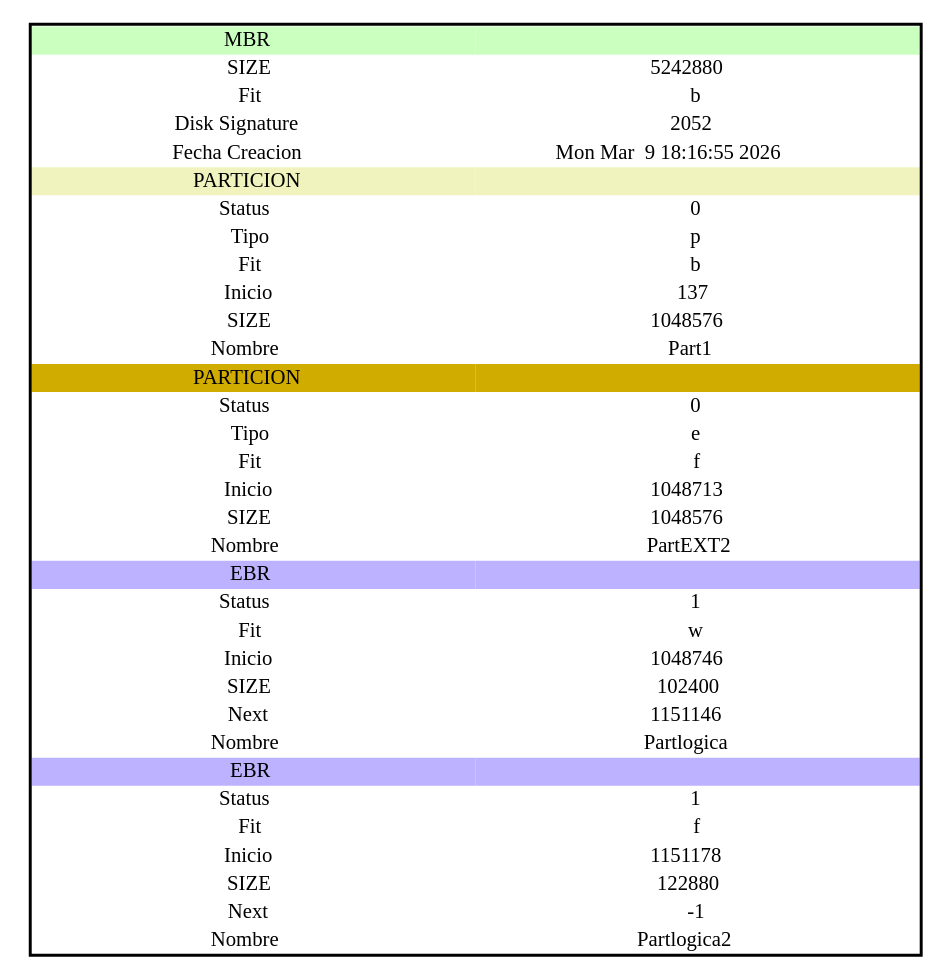
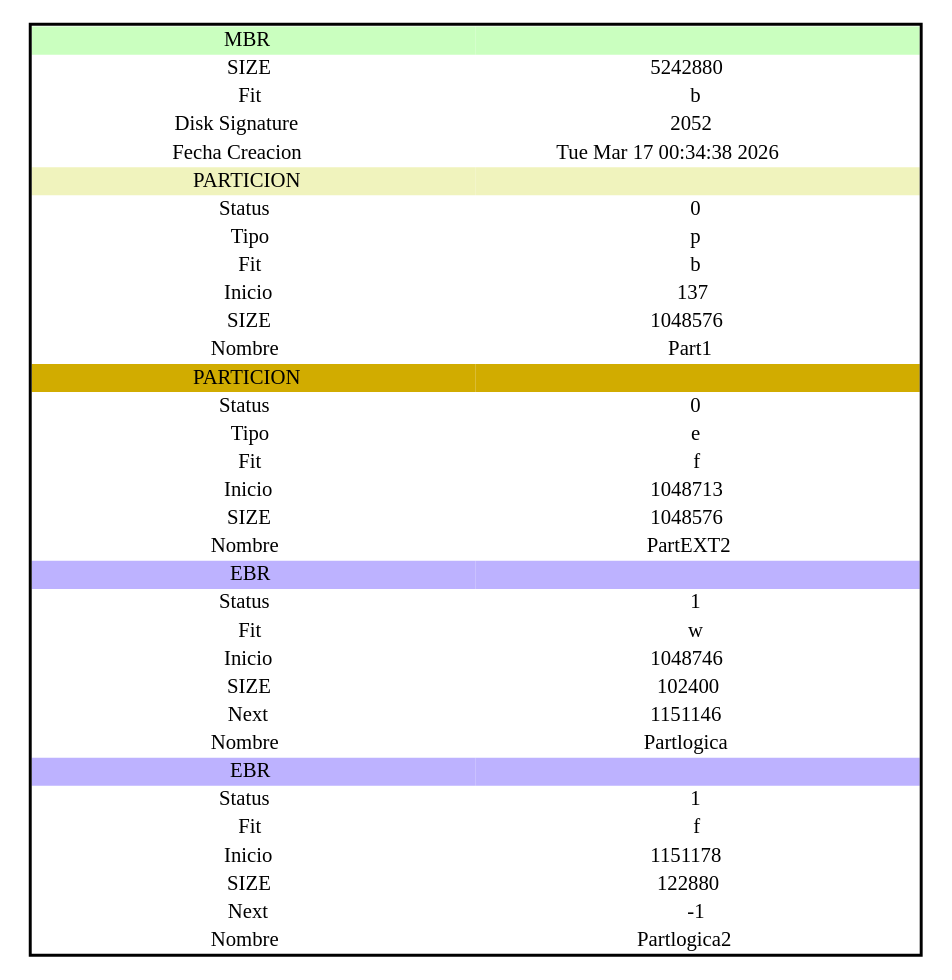
The diagram in Semana8/mbr_dot.dot (nxz7/Ejemplos_MIA_S12026), drawn with Graphviz before and after one commit. The commit also changed 4 other files, not shown here.

```diff
--- a/Semana8/mbr_dot.dot
+++ b/Semana8/mbr_dot.dot
@@ -1,2 +1,2 @@
-digraph mbr {node [shape=plaintext] struct1 [label= <<TABLE BORDER='2' CELLBORDER='0' CELLSPACING='0'><TR><TD BGCOLOR='#caffbf' WIDTH='300'> MBR</TD><TD WIDTH='300' BGCOLOR='#caffbf'></TD></TR><TR><TD>SIZE</TD><TD>5242880</TD></TR><TR><TD>Fit</TD><TD>b</TD></TR><TR><TD>Disk Signature</TD><TD>2052</TD></TR><TR><TD>Fecha Creacion</TD><TD>Mon Mar  9 18:16:55 2026
+digraph mbr {node [shape=plaintext] struct1 [label= <<TABLE BORDER='2' CELLBORDER='0' CELLSPACING='0'><TR><TD BGCOLOR='#caffbf' WIDTH='300'> MBR</TD><TD WIDTH='300' BGCOLOR='#caffbf'></TD></TR><TR><TD>SIZE</TD><TD>5242880</TD></TR><TR><TD>Fit</TD><TD>b</TD></TR><TR><TD>Disk Signature</TD><TD>2052</TD></TR><TR><TD>Fecha Creacion</TD><TD>Tue Mar 17 00:34:38 2026
 </TD></TR><TR><TD BGCOLOR='#f0f3bd' WIDTH='300'>PARTICION</TD><TD WIDTH='300' BGCOLOR='#f0f3bd'></TD></TR><TR><TD>Status</TD><TD>0</TD></TR><TR><TD>Tipo</TD><TD>p</TD></TR><TR><TD>Fit</TD><TD>b</TD></TR><TR><TD>Inicio</TD><TD>137</TD></TR><TR><TD>SIZE</TD><TD>1048576</TD></TR><TR><TD>Nombre</TD><TD>Part1</TD></TR><TR><TD BGCOLOR='#d1ac00' WIDTH='300'>PARTICION</TD><TD WIDTH='300' BGCOLOR='#d1ac00'></TD></TR><TR><TD>Status</TD><TD>0</TD></TR><TR><TD>Tipo</TD><TD>e</TD></TR><TR><TD>Fit</TD><TD>f</TD></TR><TR><TD>Inicio</TD><TD>1048713</TD></TR><TR><TD>SIZE</TD><TD>1048576</TD></TR><TR><TD>Nombre</TD><TD>PartEXT2</TD></TR><TR><TD BGCOLOR='#bdb2ff' WIDTH='300'>EBR</TD><TD WIDTH='300' BGCOLOR='#bdb2ff'></TD></TR><TR><TD>Status</TD><TD>1</TD></TR><TR><TD>Fit</TD><TD>w</TD></TR><TR><TD>Inicio</TD><TD>1048746</TD></TR><TR><TD>SIZE</TD><TD>102400</TD></TR><TR><TD>Next</TD><TD>1151146</TD></TR><TR><TD>Nombre</TD><TD>Partlogica</TD></TR><TR><TD BGCOLOR='#bdb2ff' WIDTH='300'>EBR</TD><TD WIDTH='300' BGCOLOR='#bdb2ff'></TD></TR><TR><TD>Status</TD><TD>1</TD></TR><TR><TD>Fit</TD><TD>f</TD></TR><TR><TD>Inicio</TD><TD>1151178</TD></TR><TR><TD>SIZE</TD><TD>122880</TD></TR><TR><TD>Next</TD><TD>-1</TD></TR><TR><TD>Nombre</TD><TD>Partlogica2</TD></TR></TABLE>>];}
```
